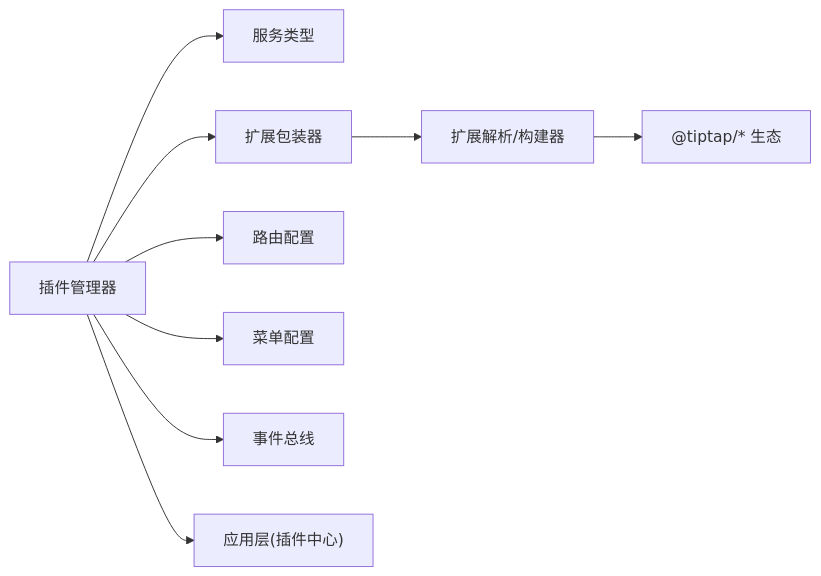
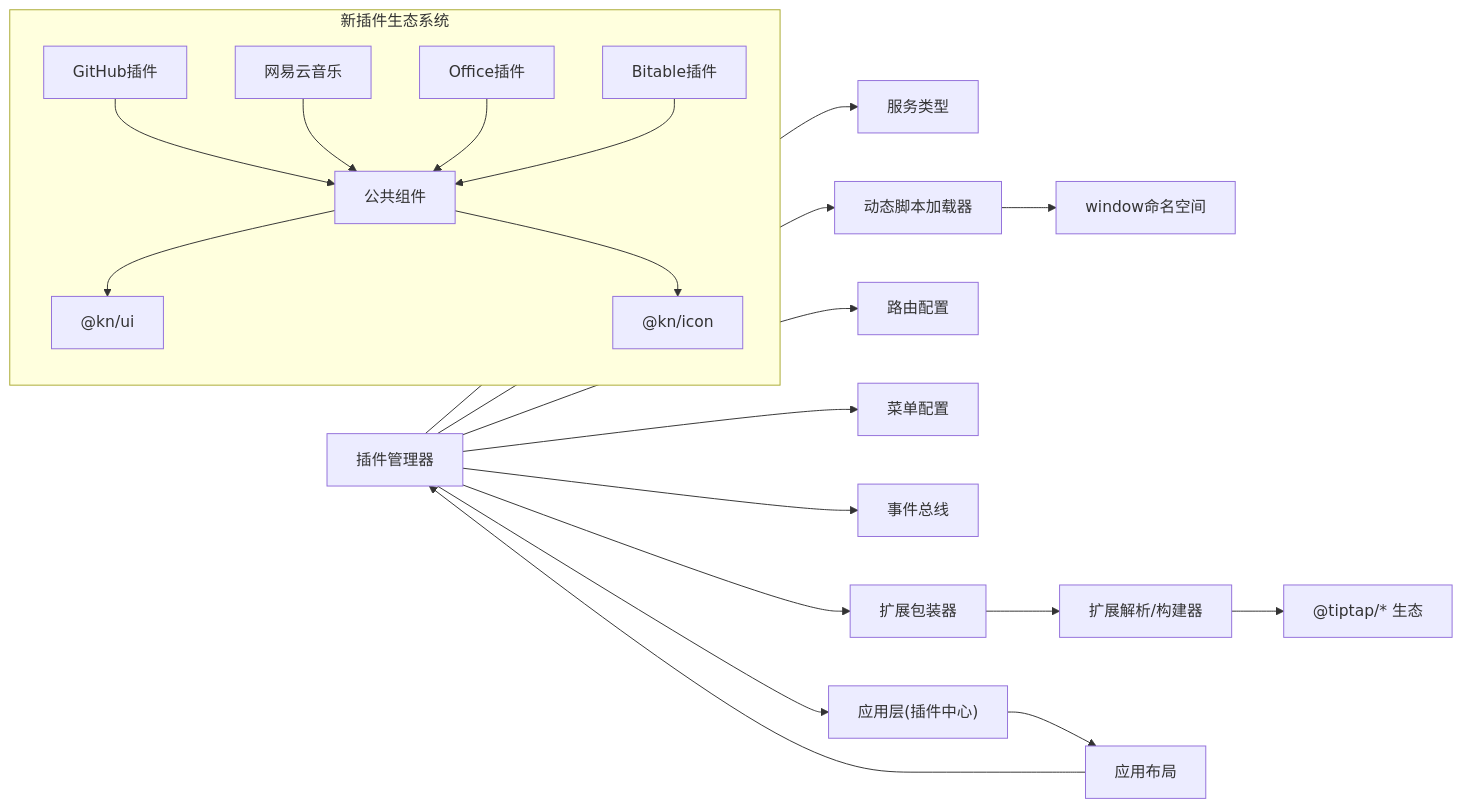
The sixth of 6 diagrams in .qoder/repowiki/zh/content/插件开发/插件开发.md (LRF0422/Kotion), drawn with Mermaid before and after one commit. The commit also changed other lines of this file and 75 other files, not shown here.

````diff
--- a/.qoder/repowiki/zh/content/插件开发/插件开发.md
+++ b/.qoder/repowiki/zh/content/插件开发/插件开发.md
@@ -326,11 +605,23 @@
 ```mermaid
 graph LR
 PM["插件管理器"] --> Types["服务类型"]
 PM --> Wrap["扩展包装器"]
 PM --> Routes["路由配置"]
 PM --> Menus["菜单配置"]
 PM --> Events["事件总线"]
+PM --> ImportUtil["动态脚本加载器"]
+ImportUtil --> Window["window命名空间"]
 Wrap --> Kit["扩展解析/构建器"]
 Kit --> Tiptap["@tiptap/* 生态"]
 PM --> App["应用层(插件中心)"]
+App --> Layout["应用布局"]
+Layout --> PM
+subgraph "新插件生态系统"
+GitHub["GitHub插件"] --> Common["公共组件"]
+NetEase["网易云音乐"] --> Common
+Office["Office插件"] --> Common
+Bitable["Bitable插件"] --> Common
+Common --> UI["@kn/ui"]
+Common --> Icon["@kn/icon"]
+end
 ```
````
